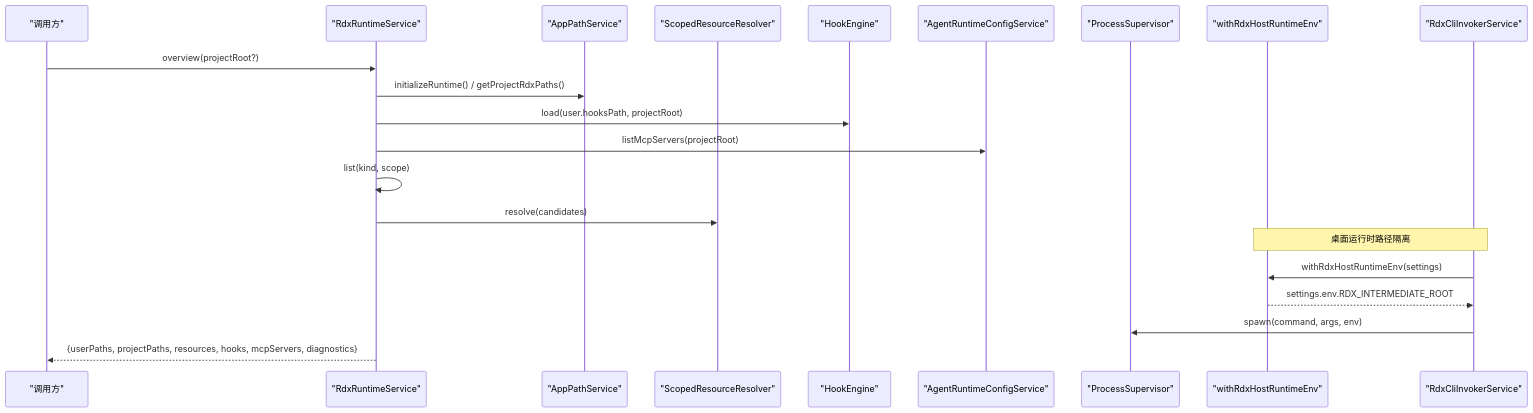
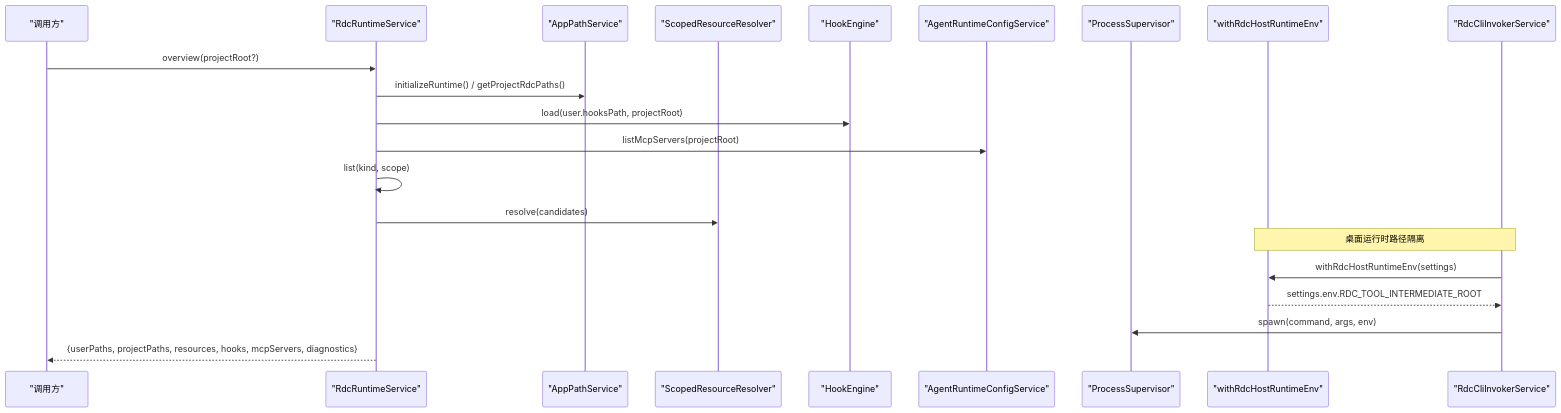
The second of 9 diagrams in .qoder/repowiki/zh/content/用户界面/设置面板/运行时设置.md (haolange/RDC-Agent), drawn with Mermaid before and after one commit. The commit also changed other lines of this file and 557 other files, not shown here.

First line of the commit message:
Unify RDC-Agent identity and canonical RDC-Tool integration

````diff
--- a/.qoder/repowiki/zh/content/用户界面/设置面板/运行时设置.md
+++ b/.qoder/repowiki/zh/content/用户界面/设置面板/运行时设置.md
@@ -122,23 +122,23 @@
 ```mermaid
 sequenceDiagram
 participant Client as "调用方"
-participant Runtime as "RdxRuntimeService"
+participant Runtime as "RdcRuntimeService"
 participant Paths as "AppPathService"
 participant Resolver as "ScopedResourceResolver"
 participant Hooks as "HookEngine"
 participant Config as "AgentRuntimeConfigService"
 participant Proc as "ProcessSupervisor"
-participant Env as "withRdxHostRuntimeEnv"
-participant CLI as "RdxCliInvokerService"
+participant Env as "withRdcHostRuntimeEnv"
+participant CLI as "RdcCliInvokerService"
 Client->>Runtime : overview(projectRoot?)
-Runtime->>Paths : initializeRuntime() / getProjectRdxPaths()
+Runtime->>Paths : initializeRuntime() / getProjectRdcPaths()
 Runtime->>Hooks : load(user.hooksPath, projectRoot)
 Runtime->>Config : listMcpServers(projectRoot)
 Runtime->>Runtime : list(kind, scope)
 Runtime->>Resolver : resolve(candidates)
 Note over Env,CLI : 桌面运行时路径隔离
-CLI->>Env : withRdxHostRuntimeEnv(settings)
-Env-->>CLI : settings.env.RDX_INTERMEDIATE_ROOT
+CLI->>Env : withRdcHostRuntimeEnv(settings)
+Env-->>CLI : settings.env.RDC_TOOL_INTERMEDIATE_ROOT
 CLI->>Proc : spawn(command, args, env)
 Runtime-->>Client : {userPaths, projectPaths, resources, hooks, mcpServers, diagnostics}
 ```
````
